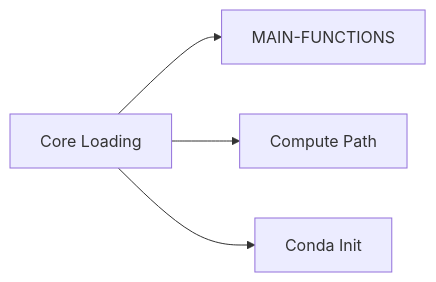
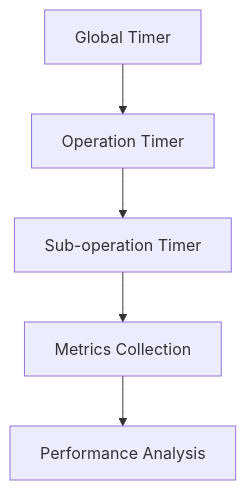
One commit to LuxciumProject/ahmyzsh changed the ninth of 11 diagrams in memory-bank/systemPatterns.md. Above: the diagram before and after it, drawn with Mermaid. The commit also changed other lines of this file and 5 other files, not shown here.

````diff
--- a/memory-bank/systemPatterns.md
+++ b/memory-bank/systemPatterns.md
@@ -56,6 +154,7 @@
-   ```mermaid
-   graph LR
-       A[Core Loading] --> B[MAIN-FUNCTIONS]
-       A --> C[Compute Path]
-       A --> D[Conda Init]
-   ```
+```mermaid
+graph TD
+    A[Global Timer] --> B[Operation Timer]
+    B --> C[Sub-operation Timer]
+    C --> D[Metrics Collection]
+    D --> E[Performance Analysis]
+```
````
